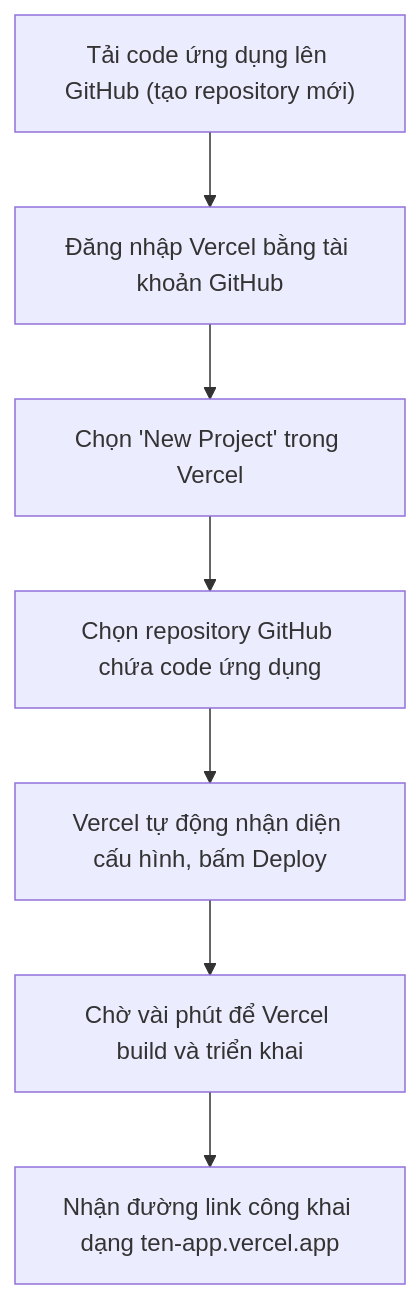
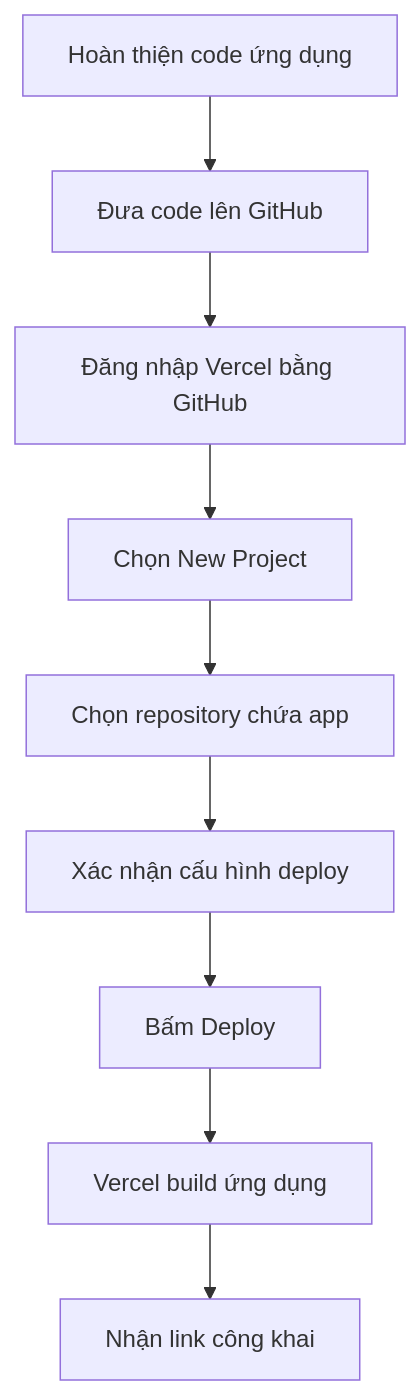
One commit to AlanKhan145/course-knowledge-base changed the first of 2 diagrams in khoa-hoc-vibe-coding-co-ban/Module 05 - Thuc Hanh Du An Vibe Code/16-deploy-len-vercel.md. Above: the diagram before and after it, drawn with Mermaid. The commit also changed other lines of this file and 19 other files, not shown here.

````diff
--- a/khoa-hoc-vibe-coding-co-ban/Module 05 - Thuc Hanh Du An Vibe Code/16-deploy-len-vercel.md
+++ b/khoa-hoc-vibe-coding-co-ban/Module 05 - Thuc Hanh Du An Vibe Code/16-deploy-len-vercel.md
@@ -43,9 +70,11 @@
 ```mermaid
 flowchart TD
-    A["Tải code ứng dụng lên GitHub (tạo repository mới)"] --> B["Đăng nhập Vercel bằng tài khoản GitHub"]
-    B --> C["Chọn 'New Project' trong Vercel"]
-    C --> D["Chọn repository GitHub chứa code ứng dụng"]
-    D --> E["Vercel tự động nhận diện cấu hình, bấm Deploy"]
-    E --> F["Chờ vài phút để Vercel build và triển khai"]
-    F --> G["Nhận đường link công khai dạng ten-app.vercel.app"]
+    A["Hoàn thiện code ứng dụng"] --> B["Đưa code lên GitHub"]
+    B --> C["Đăng nhập Vercel bằng GitHub"]
+    C --> D["Chọn New Project"]
+    D --> E["Chọn repository chứa app"]
+    E --> F["Xác nhận cấu hình deploy"]
+    F --> G["Bấm Deploy"]
+    G --> H["Vercel build ứng dụng"]
+    H --> I["Nhận link công khai"]
 ```
````
